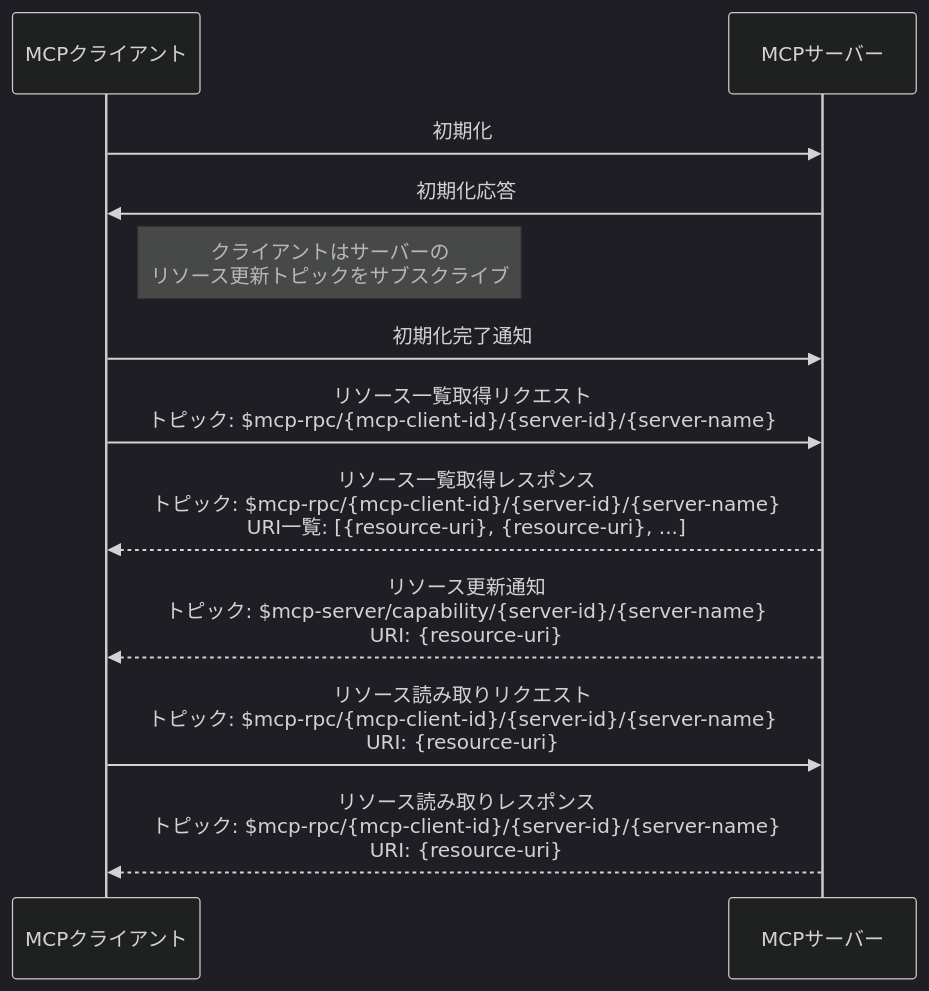
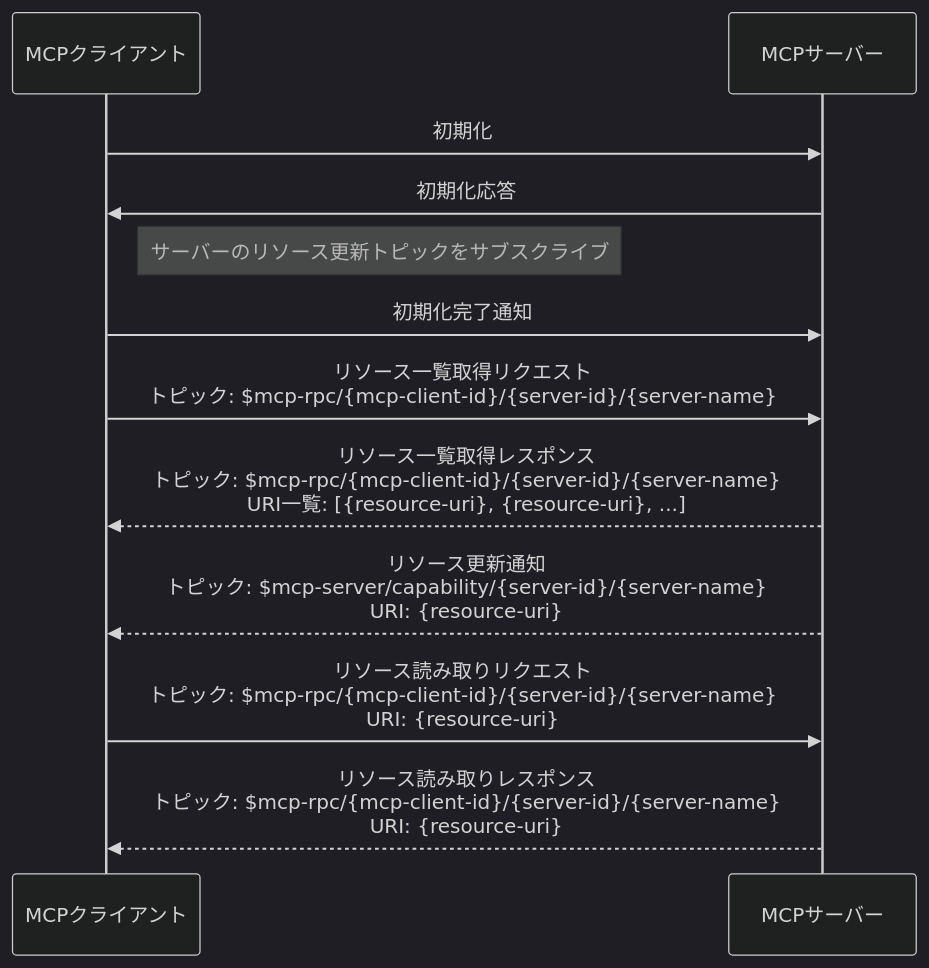
Before and after one commit to emqx/emqx-docs: the fourth of 4 diagrams in ja_JP/emqx-ai/mcp-over-mqtt/specification.md, drawn with Mermaid (dark theme). The commit also changed other lines of this file and 84 other files, not shown here.

````diff
--- a/ja_JP/emqx-ai/mcp-over-mqtt/specification.md
+++ b/ja_JP/emqx-ai/mcp-over-mqtt/specification.md
@@ -363,20 +360,20 @@
 ```mermaid
 sequenceDiagram
     participant MCP_Client as MCPクライアント
     participant MCP_Server as MCPサーバー
 
     MCP_Client ->> MCP_Server: 初期化
     MCP_Server ->> MCP_Client: 初期化応答
-    Note right of MCP_Client: クライアントはサーバーの<br/>リソース更新トピックをサブスクライブ
+    Note right of MCP_Client: サーバーのリソース更新トピックをサブスクライブ
     MCP_Client ->> MCP_Server: 初期化完了通知
 
     MCP_Client ->> MCP_Server: リソース一覧取得リクエスト<br/>トピック: $mcp-rpc/{mcp-client-id}/{server-id}/{server-name}
 
     MCP_Server -->> MCP_Client: リソース一覧取得レスポンス<br/>トピック: $mcp-rpc/{mcp-client-id}/{server-id}/{server-name}<br/>URI一覧: [{resource-uri}, {resource-uri}, ...]
 
     MCP_Server -->> MCP_Client: リソース更新通知<br/>トピック: $mcp-server/capability/{server-id}/{server-name}<br/>URI: {resource-uri}
 
     MCP_Client ->> MCP_Server: リソース読み取りリクエスト<br/>トピック: $mcp-rpc/{mcp-client-id}/{server-id}/{server-name}<br/>URI: {resource-uri}
 
     MCP_Server -->> MCP_Client: リソース読み取りレスポンス<br/>トピック: $mcp-rpc/{mcp-client-id}/{server-id}/{server-name}<br/>URI: {resource-uri}
 ```
````
